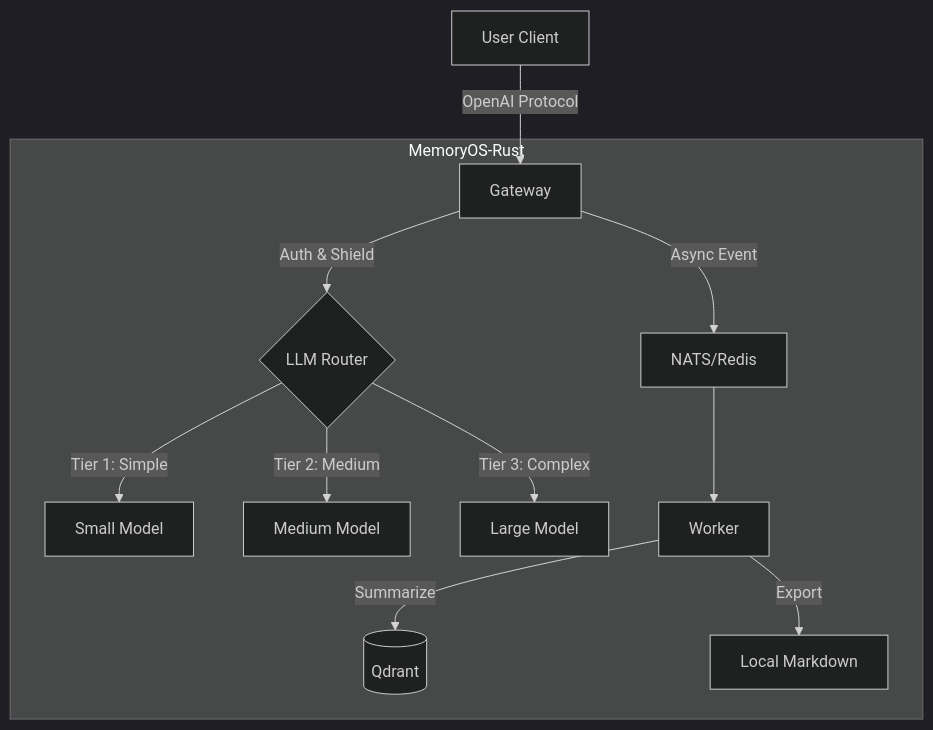
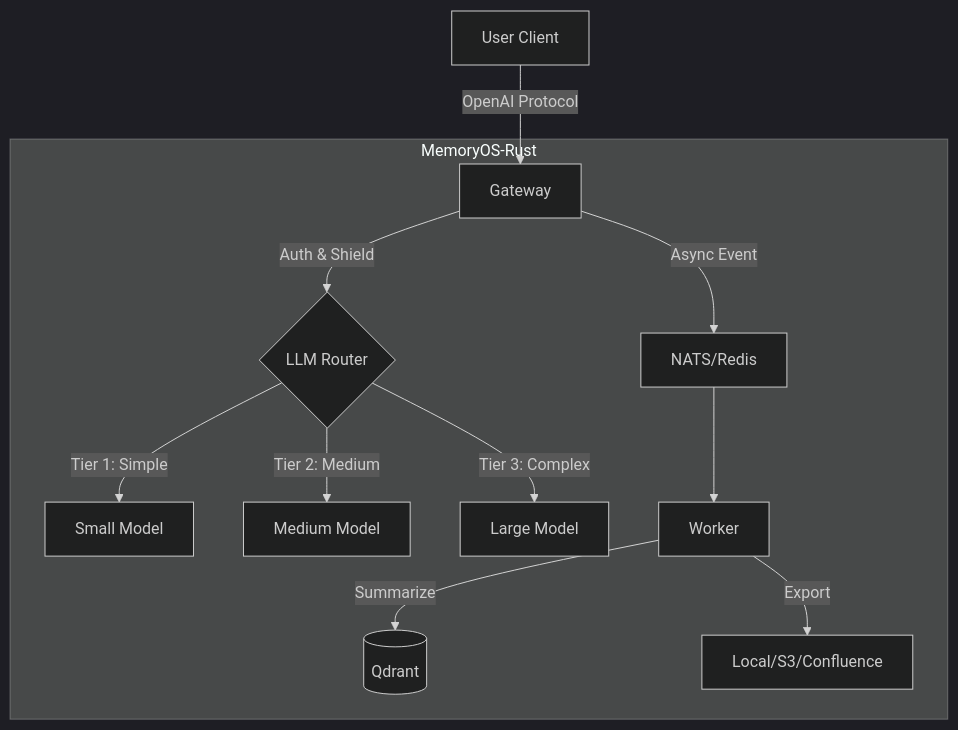
One commit to TelivANT/memoryos-rust changed the diagram in README.md. Above: the diagram before and after it, drawn with Mermaid (dark theme). The commit also changed other lines of this file and 6 other files, not shown here.

First line of the commit message:
docs: sync design/architecture docs to v0.9.0 codebase (#9)

````diff
--- a/README.md
+++ b/README.md
@@ -128,14 +131,14 @@
 ```mermaid
 graph TD
     Client[User Client] -->|OpenAI Protocol| Gateway
     subgraph MemoryOS-Rust
         Gateway -->|Auth & Shield| Router{LLM Router}
         Router -->|Tier 1: Simple| SmallLLM[Small Model]
         Router -->|Tier 2: Medium| MediumLLM[Medium Model]
         Router -->|Tier 3: Complex| LargeLLM[Large Model]
         Gateway -->|Async Event| Queue[NATS/Redis]
         Queue --> Worker
         Worker -->|Summarize| VectorDB[(Qdrant)]
-        Worker -->|Export| Wiki[Local Markdown]
+        Worker -->|Export| Wiki[Local/S3/Confluence]
     end
 ```
````
